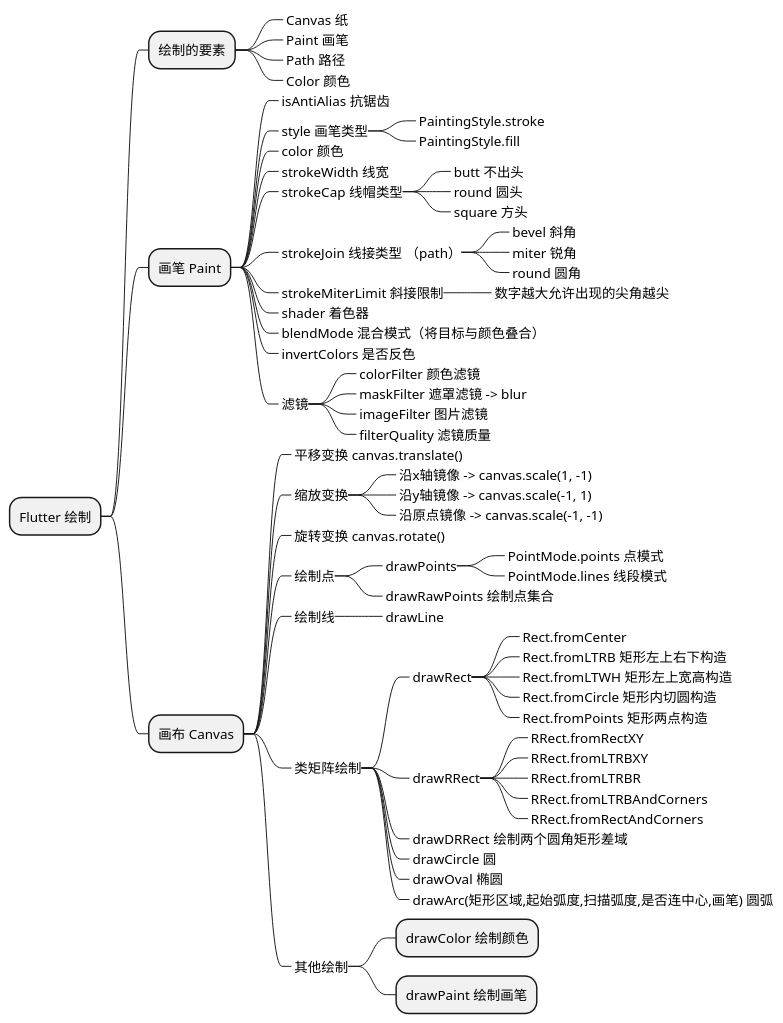
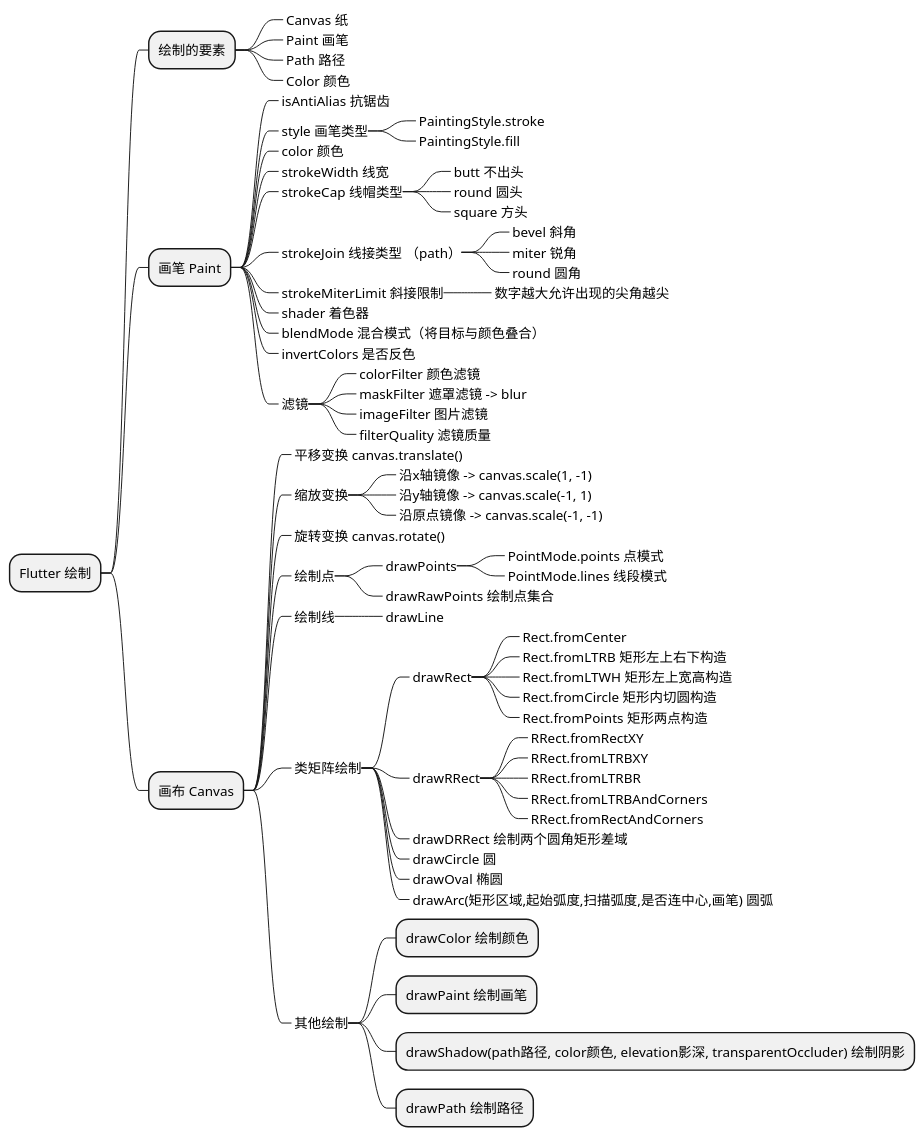
Before and after one commit to HEROhuqinchao/flutter_bilibili_getx: the diagram in lib/ui/pages/functions/canvas_paint_study/mindMap/canvasMindMap.pu, drawn with PlantUML. The commit also changed 61 other files, not shown here.

```diff
--- a/lib/ui/pages/functions/canvas_paint_study/mindMap/canvasMindMap.pu
+++ b/lib/ui/pages/functions/canvas_paint_study/mindMap/canvasMindMap.pu
@@ -1,68 +1,69 @@
 @startmindmap
 * Flutter 绘制
 ** 绘制的要素
 ***_ Canvas 纸
 ***_ Paint 画笔
 ***_ Path 路径
 ***_ Color 颜色
 ** 画笔 Paint
 ***_ isAntiAlias 抗锯齿
 ***_ style 画笔类型
 ****_ PaintingStyle.stroke
 ****_ PaintingStyle.fill
 ***_ color 颜色
 ***_ strokeWidth 线宽
 ***_ strokeCap 线帽类型
 ****_ butt 不出头
 ****_ round 圆头
 ****_ square 方头
 ***_ strokeJoin 线接类型 （path）
 ****_ bevel 斜角
 ****_ miter 锐角
 ****_ round 圆角
 ***_ strokeMiterLimit 斜接限制
 ****_ 数字越大允许出现的尖角越尖
 ***_ shader 着色器
 ***_ blendMode 混合模式（将目标与颜色叠合）
 ***_ invertColors 是否反色
 ***_ 滤镜
 ****_ colorFilter 颜色滤镜
 ****_ maskFilter 遮罩滤镜 -> blur
 ****_ imageFilter 图片滤镜
 ****_ filterQuality 滤镜质量
 ** 画布 Canvas
 ***_ 平移变换 canvas.translate()
 ***_ 缩放变换
 ****_ 沿x轴镜像 -> canvas.scale(1, -1)
 ****_ 沿y轴镜像 -> canvas.scale(-1, 1)
 ****_ 沿原点镜像 -> canvas.scale(-1, -1)
 ***_ 旋转变换 canvas.rotate()
 ***_ 绘制点
 ****_ drawPoints
 *****_ PointMode.points 点模式
 *****_ PointMode.lines 线段模式
 ****_ drawRawPoints 绘制点集合
 ***_ 绘制线
 ****_ drawLine
 ***_ 类矩阵绘制
 ****_ drawRect
 *****_ Rect.fromCenter
 *****_ Rect.fromLTRB 矩形左上右下构造
 *****_ Rect.fromLTWH 矩形左上宽高构造
 *****_ Rect.fromCircle 矩形内切圆构造
 *****_ Rect.fromPoints 矩形两点构造
 ****_ drawRRect
 *****_ RRect.fromRectXY
 *****_ RRect.fromLTRBXY
 *****_ RRect.fromLTRBR
 *****_ RRect.fromLTRBAndCorners
 *****_ RRect.fromRectAndCorners
 ****_ drawDRRect 绘制两个圆角矩形差域
 ****_ drawCircle 圆
 ****_ drawOval 椭圆
 ****_ drawArc(矩形区域,起始弧度,扫描弧度,是否连中心,画笔) 圆弧
 ***_ 其他绘制
 **** drawColor 绘制颜色
 **** drawPaint 绘制画笔
-
+**** drawShadow(path路径, color颜色, elevation影深, transparentOccluder) 绘制阴影
+**** drawPath 绘制路径
 @endmindmap
```
